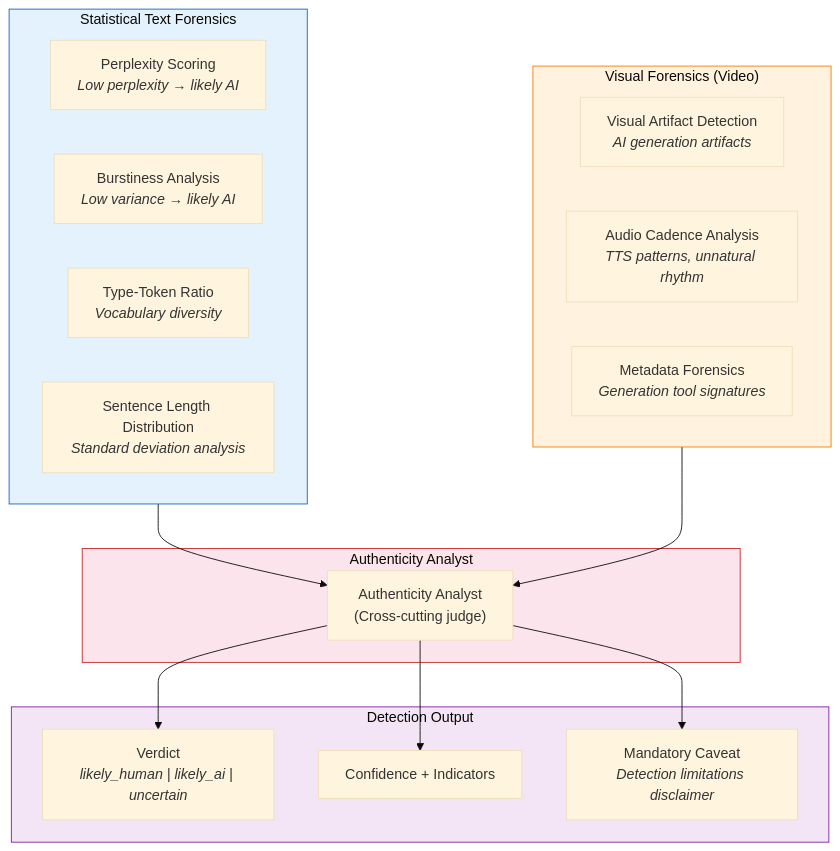
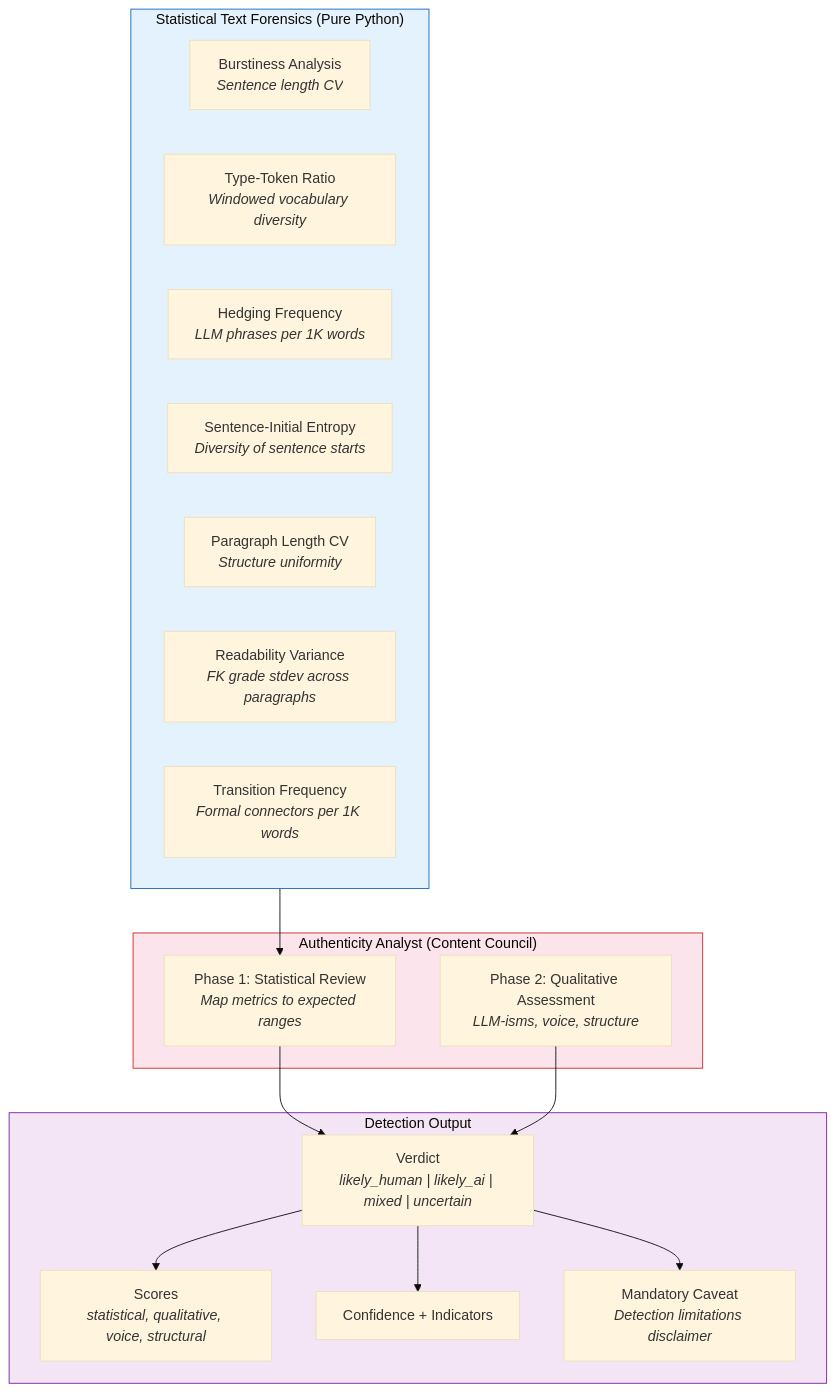
Before and after one commit to SacredWizard/themis: diagram 12 of 13 in design/ARCHITECTURE.md, drawn with Mermaid (base theme). The commit also changed other lines of this file and 3 other files, not shown here.

First line of the commit message:
Update docs and verify authenticity pipeline (Phase 3.5)

````diff
--- a/design/ARCHITECTURE.md
+++ b/design/ARCHITECTURE.md
@@ -787,36 +807,35 @@
 ```mermaid
 flowchart TB
-    subgraph Forensics["Statistical Text Forensics"]
-        PP["Perplexity Scoring<br/><i>Low perplexity → likely AI</i>"]
-        BB["Burstiness Analysis<br/><i>Low variance → likely AI</i>"]
-        TTR["Type-Token Ratio<br/><i>Vocabulary diversity</i>"]
-        SLD["Sentence Length Distribution<br/><i>Standard deviation analysis</i>"]
+    subgraph Forensics["Statistical Text Forensics (Pure Python)"]
+        BB["Burstiness Analysis<br/><i>Sentence length CV</i>"]
+        TTR["Type-Token Ratio<br/><i>Windowed vocabulary diversity</i>"]
+        HF["Hedging Frequency<br/><i>LLM phrases per 1K words</i>"]
+        SIE["Sentence-Initial Entropy<br/><i>Diversity of sentence starts</i>"]
+        PCV["Paragraph Length CV<br/><i>Structure uniformity</i>"]
+        RV["Readability Variance<br/><i>FK grade stdev across paragraphs</i>"]
+        TF["Transition Frequency<br/><i>Formal connectors per 1K words</i>"]
     end
 
-    subgraph Visual["Visual Forensics (Video)"]
-        VA["Visual Artifact Detection<br/><i>AI generation artifacts</i>"]
-        AC["Audio Cadence Analysis<br/><i>TTS patterns, unnatural rhythm</i>"]
-        MF["Metadata Forensics<br/><i>Generation tool signatures</i>"]
-    end
-
-    subgraph Detection["Authenticity Analyst"]
-        AA["Authenticity Analyst<br/>(Cross-cutting judge)"]
+    subgraph Detection["Authenticity Analyst (Content Council)"]
+        P1["Phase 1: Statistical Review<br/><i>Map metrics to expected ranges</i>"]
+        P2["Phase 2: Qualitative Assessment<br/><i>LLM-isms, voice, structure</i>"]
     end
 
     subgraph Output["Detection Output"]
-        VD["Verdict<br/><i>likely_human | likely_ai | uncertain</i>"]
+        VD["Verdict<br/><i>likely_human | likely_ai | mixed | uncertain</i>"]
+        SC["Scores<br/><i>statistical, qualitative, voice, structural</i>"]
         CF["Confidence + Indicators"]
         CV["Mandatory Caveat<br/><i>Detection limitations disclaimer</i>"]
     end
 
-    Forensics --> AA
-    Visual --> AA
-    AA --> VD
-    AA --> CF
-    AA --> CV
+    Forensics --> P1
+    P1 --> VD
+    P2 --> VD
+    VD --> SC
+    VD --> CF
+    VD --> CV
 
     style Forensics fill:#e3f2fd,stroke:#1565C0
-    style Visual fill:#fff3e0,stroke:#F57C00
     style Detection fill:#fce4ec,stroke:#C62828
     style Output fill:#f3e5f5,stroke:#7B1FA2
 ```
````
